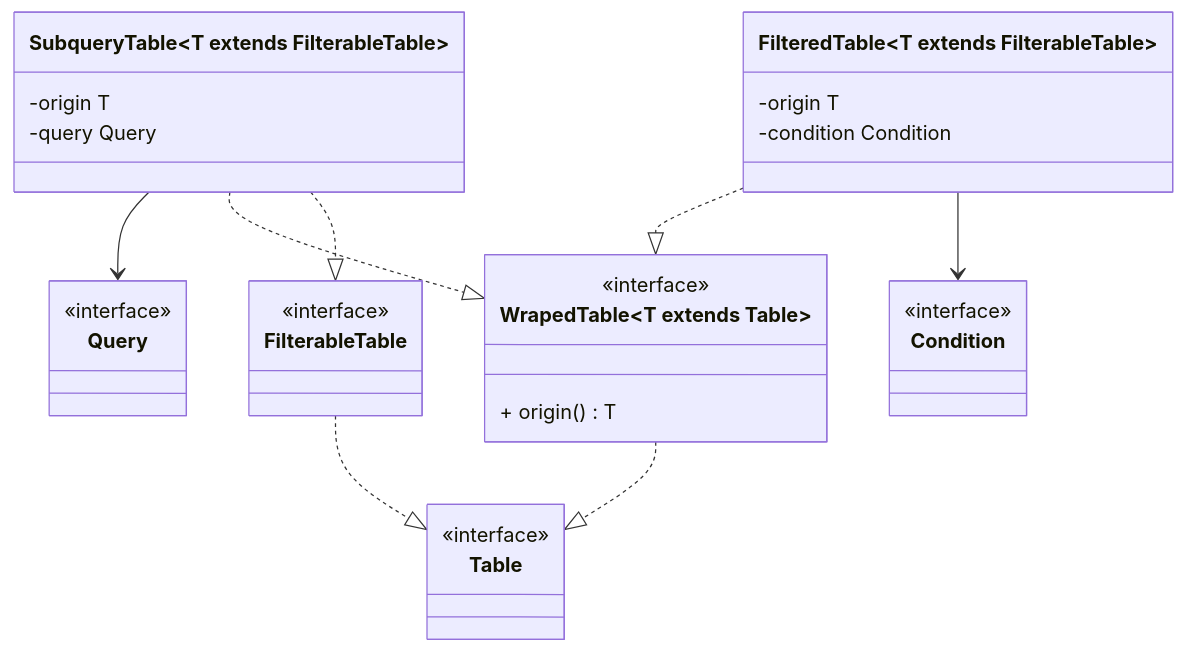
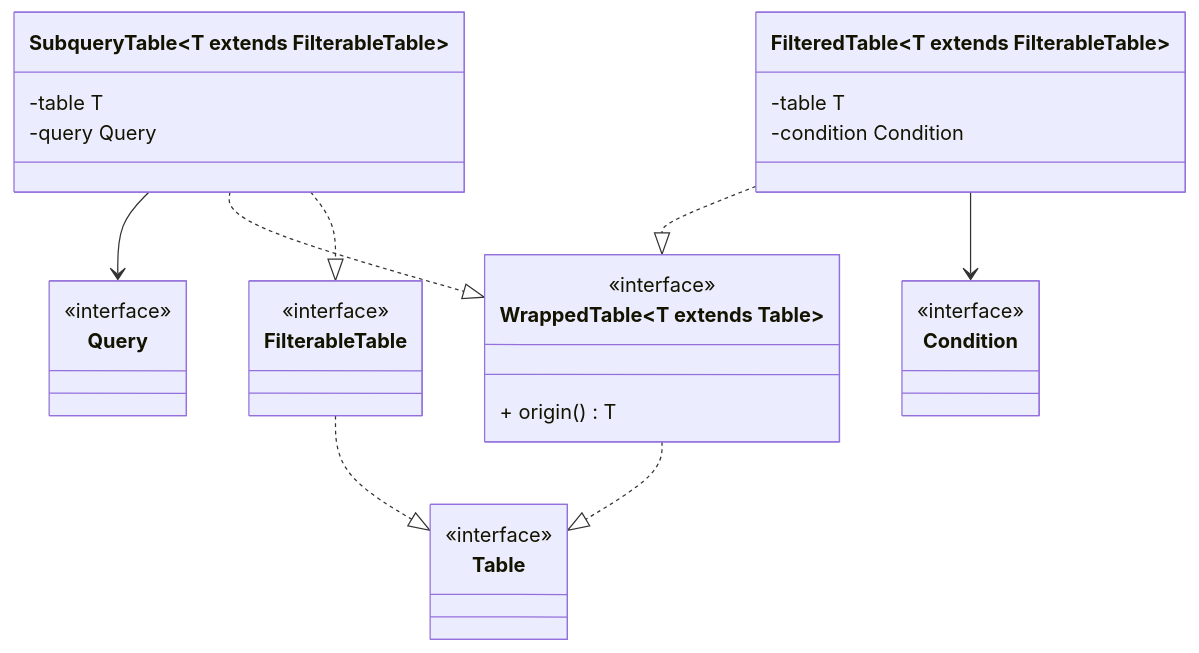
Before and after one commit to safarislava/QueryBricks: the third of 13 diagrams in docs/domain.md, drawn with Mermaid. The commit also changed other lines of this file, not shown here.

````diff
--- a/docs/domain.md
+++ b/docs/domain.md
@@ -89,40 +89,40 @@
 ```mermaid
 classDiagram
     class Table {
         <<interface>>
     }
     
     class Query {
         <<interface>>
     }
 
     class FilterableTable {
         <<interface>>
     }
     FilterableTable ..|> Table
 
     class Condition {
         <<interface>>
     }
 
-    class WrapedTable~T extends Table~ {
+    class WrappedTable~T extends Table~ {
         <<interface>>
         + origin() T
     }
-    WrapedTable ..|> Table
+    WrappedTable ..|> Table
 
     class FilteredTable~T extends FilterableTable~ {
-        -origin T
+        -table T
         -condition Condition
     }
-    FilteredTable ..|> WrapedTable~T~
+    FilteredTable ..|> WrappedTable~T~
     FilteredTable --> Condition
 
     class SubqueryTable~T extends FilterableTable~ {
-        -origin T
+        -table T
         -query Query
     }
     SubqueryTable --> Query
-    SubqueryTable ..|> WrapedTable~T~
+    SubqueryTable ..|> WrappedTable~T~
     SubqueryTable ..|> FilterableTable
 ```
````
